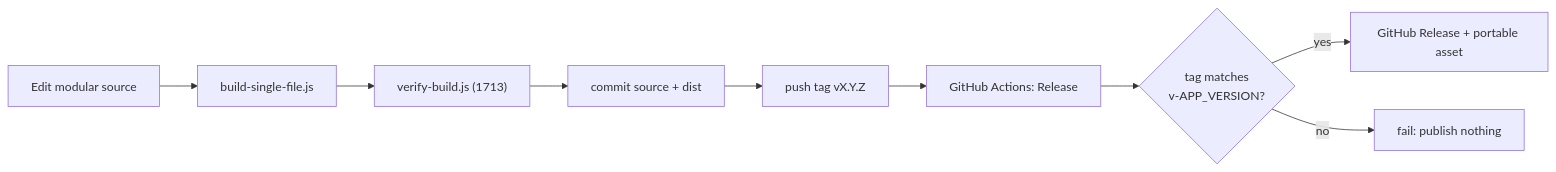
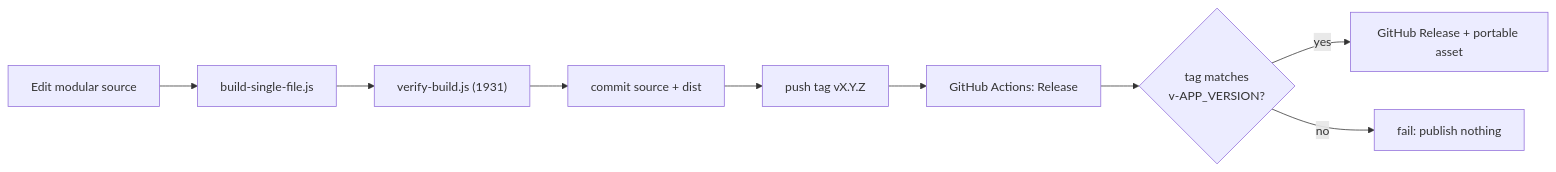
Before and after one commit to fanoryu/TAM-Intelligence-OS: the second of 2 diagrams in README.md, drawn with Mermaid. The commit also changed other lines of this file and 9 other files, not shown here.

````diff
--- a/README.md
+++ b/README.md
@@ -348,9 +361,9 @@
 ```mermaid
 flowchart LR
-  DEV["Edit modular source"] --> B["build-single-file.js"] --> V["verify-build.js (1713)"]
+  DEV["Edit modular source"] --> B["build-single-file.js"] --> V["verify-build.js (1931)"]
   V --> C["commit source + dist"] --> T["push tag vX.Y.Z"]
   T --> GA["GitHub Actions: Release"]
   GA --> GATE{"tag matches<br/>v-APP_VERSION?"}
   GATE -->|yes| REL["GitHub Release + portable asset"]
   GATE -->|no| STOP["fail: publish nothing"]
 ```
````
